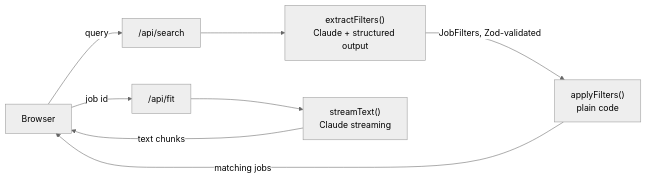
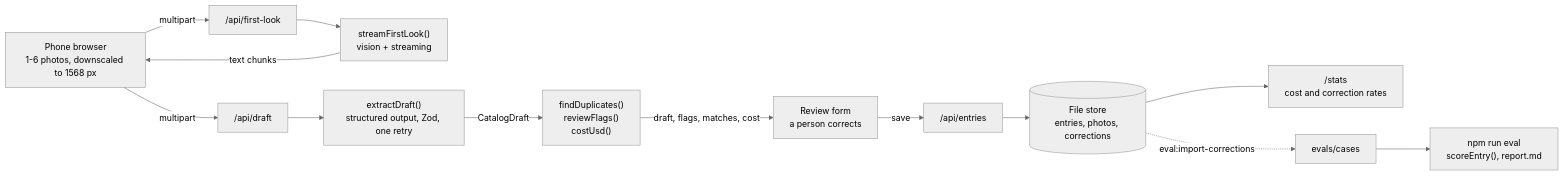
The diagram in README.md (Tejas94/ai-feature-app), drawn with Mermaid (neutral theme) before and after one commit. The commit also changed other lines of this file and 87 other files, not shown here.

First line of the commit message:
Replace the job search starter with the product catalog builder

````diff
--- a/README.md
+++ b/README.md
@@ -18,10 +18,15 @@
 ```mermaid
 flowchart LR
-  U[Browser] -->|query| S["/api/search"]
-  S --> X["extractFilters()<br/>Claude + structured output"]
-  X -->|"JobFilters, Zod-validated"| F["applyFilters()<br/>plain code"]
-  F -->|matching jobs| U
-  U -->|job id| FIT["/api/fit"]
-  FIT --> ST["streamText()<br/>Claude streaming"]
-  ST -->|text chunks| U
+  B["Phone browser<br/>1-6 photos, downscaled to 1568 px"] -->|multipart| FL["/api/first-look"]
+  FL --> S["streamFirstLook()<br/>vision + streaming"]
+  S -->|text chunks| B
+  B -->|multipart| D["/api/draft"]
+  D --> X["extractDraft()<br/>structured output, Zod, one retry"]
+  X -->|CatalogDraft| CHK["findDuplicates()<br/>reviewFlags()<br/>costUsd()"]
+  CHK -->|"draft, flags, matches, cost"| R["Review form<br/>a person corrects"]
+  R -->|save| E["/api/entries"]
+  E --> ST[("File store<br/>entries, photos, corrections")]
+  ST --> STATS["/stats<br/>cost and correction rates"]
+  ST -.->|eval:import-corrections| EV["evals/cases"]
+  EV --> RUN["npm run eval<br/>scoreEntry(), report.md"]
 ```
````
